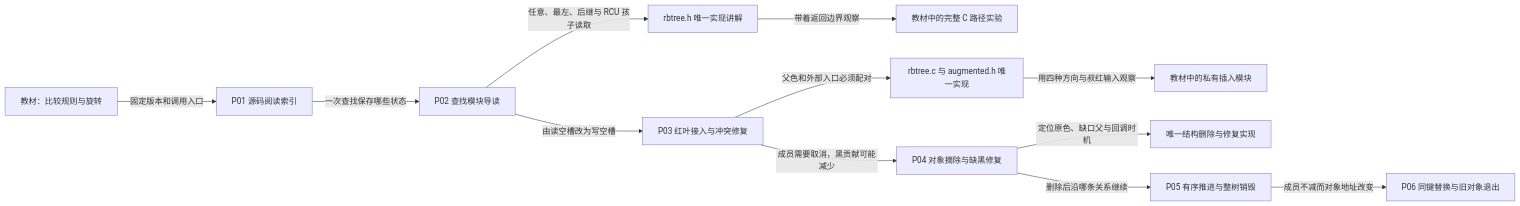
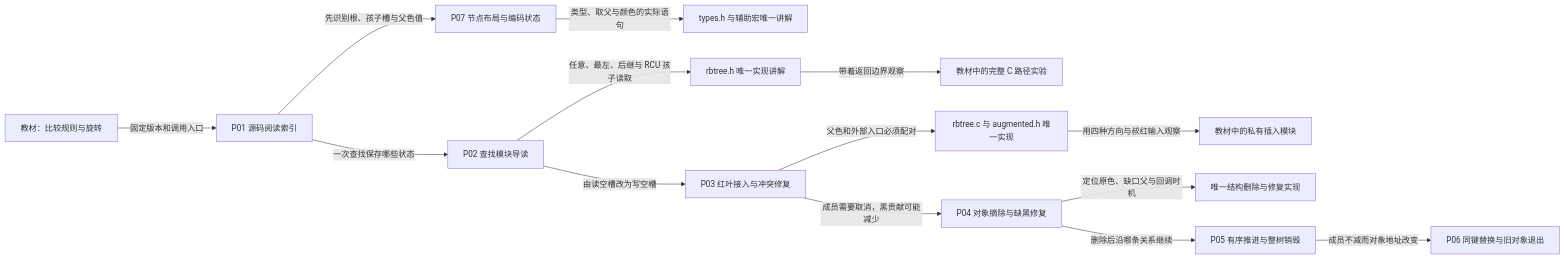
Before and after one commit to FormingSystem/linux_note: the diagram in research/source_reading/rbtree/大纲.md, drawn with Mermaid. The commit also changed other lines of this file and 17 other files, not shown here.

````diff
--- a/research/source_reading/rbtree/大纲.md
+++ b/research/source_reading/rbtree/大纲.md
@@ -15,14 +15,16 @@
 ```mermaid
 flowchart LR
     K["教材：比较规则与旋转"] -->|"固定版本和调用入口"| I["P01 源码阅读索引"]
+    I -->|"先识别根、孩子槽与父色值"| L["P07 节点布局与编码状态"]
+    L -->|"类型、取父与颜色的实际语句"| F["types.h 与辅助宏唯一讲解"]
     I -->|"一次查找保存哪些状态"| N["P02 查找模块导读"]
     N -->|"任意、最左、后继与 RCU 孩子读取"| S["rbtree.h 唯一实现讲解"]
     S -->|"带着返回边界观察"| E["教材中的完整 C 路径实验"]
     N -->|"由读空槽改为写空槽"| A["P03 红叶接入与冲突修复"]
     A -->|"父色和外部入口必须配对"| R["rbtree.c 与 augmented.h 唯一实现"]
     R -->|"用四种方向与叔红输入观察"| M["教材中的私有插入模块"]
     A -->|"成员需要取消，黑贡献可能减少"| D["P04 对象摘除与缺黑修复"]
     D -->|"定位原色、缺口父与回调时机"| Q["唯一结构删除与修复实现"]
     D -->|"删除后沿哪条关系继续"| W["P05 有序推进与整树销毁"]
     W -->|"成员不减而对象地址改变"| T["P06 同键替换与旧对象退出"]
 ```
````
